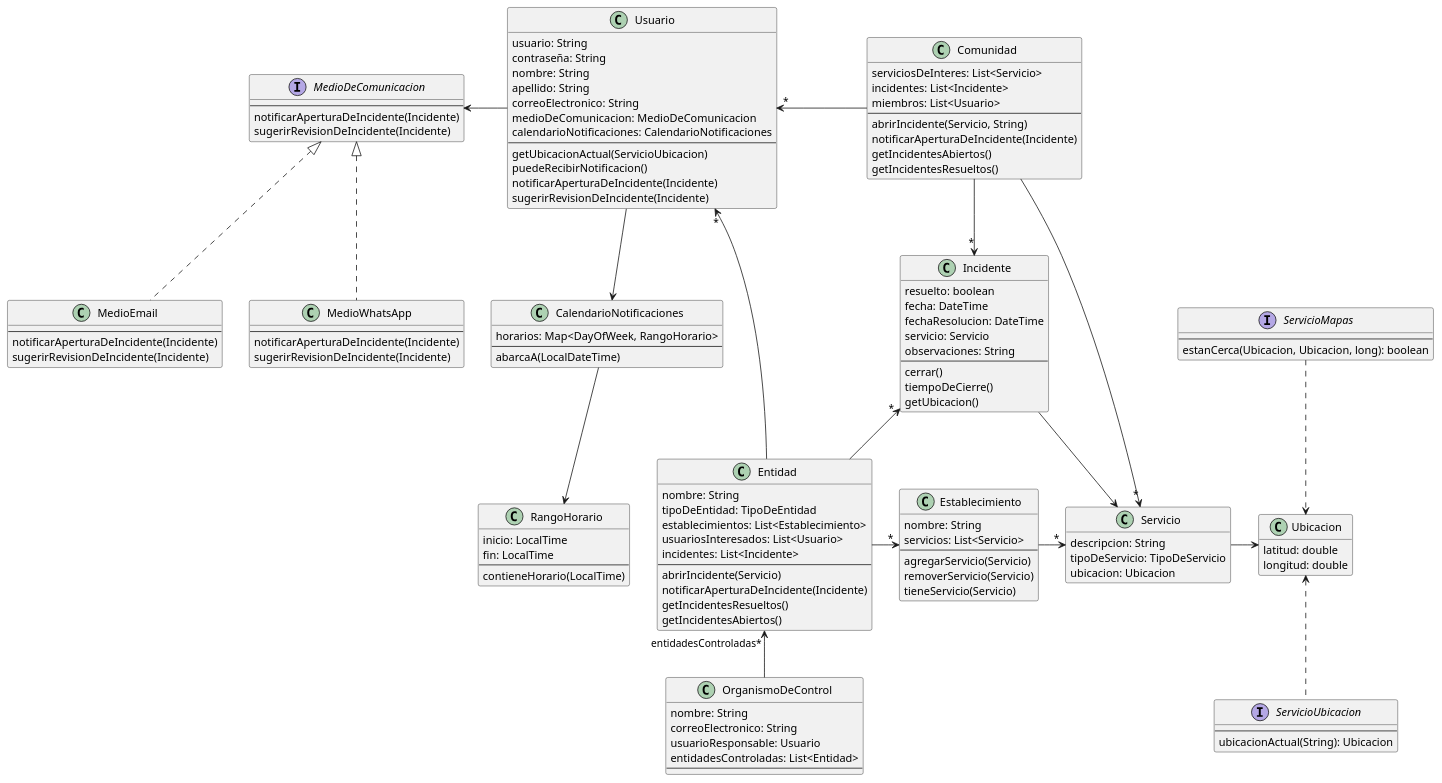
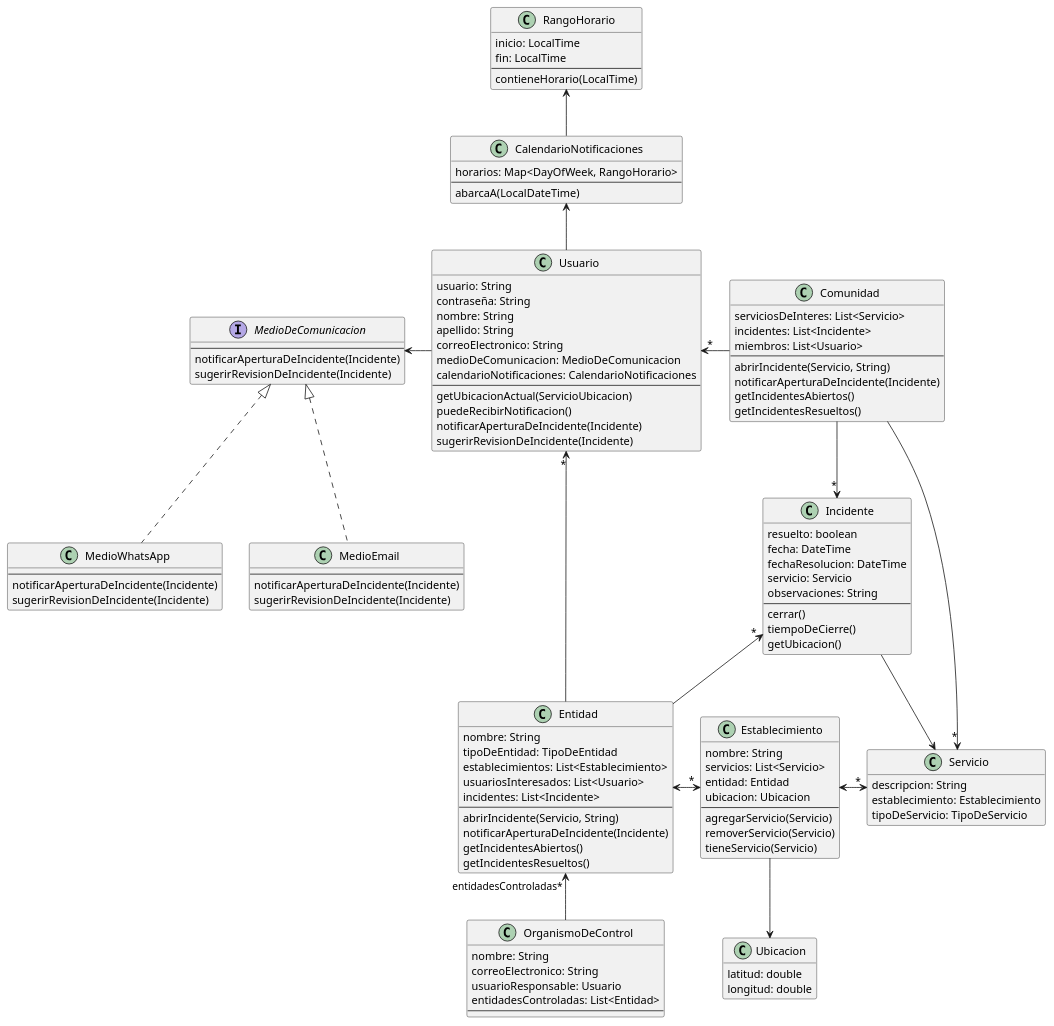
One commit to ValenAquino/tp-dds-2023 changed the diagram in docs/entrega-3/clases.puml. Above: the diagram before and after it, drawn with PlantUML. The commit also changed 1 other file, not shown here.

Commit message:
docs(clases): actualizar diagrama

```diff
--- a/docs/entrega-3/clases.puml
+++ b/docs/entrega-3/clases.puml
@@ -1,172 +1,170 @@
 @startuml TPA3-Clases
 
 hide empty members
 
 ' Supermercado, Centro Comunal, Banco, ...
 class Entidad {
   nombre: String
   tipoDeEntidad: TipoDeEntidad
   establecimientos: List<Establecimiento>
   usuariosInteresados: List<Usuario>
   incidentes: List<Incidente>
   --
-  abrirIncidente(Servicio)
+  abrirIncidente(Servicio, String)
   notificarAperturaDeIncidente(Incidente)
+  getIncidentesAbiertos()
   getIncidentesResueltos()
-  getIncidentesAbiertos()
 }
 
-Entidad -r->"*" Establecimiento
+Entidad <-r->"*" Establecimiento
 Entidad -l->"*" Usuario
 Entidad -u->"*" Incidente
 
 ' Sucursal, Estacion, ...
 class Establecimiento {
   nombre: String
   servicios: List<Servicio>
+  entidad: Entidad
+  ubicacion: Ubicacion
   --
   agregarServicio(Servicio)
   removerServicio(Servicio)
   tieneServicio(Servicio)
 }
 
-Establecimiento ->"*" Servicio
+Establecimiento <->"*" Servicio
+Establecimiento -d-> Ubicacion
 
 class Servicio {
   descripcion: String
+  establecimiento: Establecimiento
   tipoDeServicio: TipoDeServicio
-  ubicacion: Ubicacion
 }
-
-Servicio -> Ubicacion
 
 class Usuario {
   usuario: String
   contraseña: String
   nombre: String
   apellido: String
   correoElectronico: String
   medioDeComunicacion: MedioDeComunicacion
   calendarioNotificaciones: CalendarioNotificaciones
   --
   getUbicacionActual(ServicioUbicacion)
   puedeRecibirNotificacion()
   notificarAperturaDeIncidente(Incidente)
   sugerirRevisionDeIncidente(Incidente)
 }
 
 Usuario -l-> MedioDeComunicacion
-Usuario -d-> CalendarioNotificaciones
+Usuario -u-> CalendarioNotificaciones
 
 class CalendarioNotificaciones {
   horarios: Map<DayOfWeek, RangoHorario>
   --
   abarcaA(LocalDateTime)
 }
 
-CalendarioNotificaciones -d-> RangoHorario
+CalendarioNotificaciones -u-> RangoHorario
 
 class RangoHorario {
   inicio: LocalTime
   fin: LocalTime
   --
   contieneHorario(LocalTime)
 }
 
 interface MedioDeComunicacion {
   --
   notificarAperturaDeIncidente(Incidente)
   sugerirRevisionDeIncidente(Incidente)
 }
 
 class MedioWhatsApp implements MedioDeComunicacion {
   --
   notificarAperturaDeIncidente(Incidente)
   sugerirRevisionDeIncidente(Incidente)
 }
 
 class MedioEmail implements MedioDeComunicacion {
   --
   notificarAperturaDeIncidente(Incidente)
   sugerirRevisionDeIncidente(Incidente)
 }
 
 class Comunidad {
   serviciosDeInteres: List<Servicio>
   incidentes: List<Incidente>
   miembros: List<Usuario>
   --
   abrirIncidente(Servicio, String)
   notificarAperturaDeIncidente(Incidente)
   getIncidentesAbiertos()
   getIncidentesResueltos()
 }
 
 Comunidad ->"*" Servicio
 Comunidad -d->"*" Incidente
 Comunidad -l->"*" Usuario
 
 class Incidente {
   resuelto: boolean
   fecha: DateTime
   fechaResolucion: DateTime
   servicio: Servicio
   observaciones: String
   --
   cerrar()
   tiempoDeCierre()
   getUbicacion()
 }
 
 Incidente -> Servicio
 
 class Ubicacion {
   latitud: double
   longitud: double
 }
 
-ServicioMapas ..> Ubicacion
-ServicioUbicacion .u.> Ubicacion
-
-interface ServicioMapas {
-  --
-  estanCerca(Ubicacion, Ubicacion, long): boolean
-}
-
-interface ServicioUbicacion {
-  --
-  ubicacionActual(String): Ubicacion
-}
+'interface ServicioMapas {
+'  --
+'  estanCerca(Ubicacion, Ubicacion, long): boolean
+'}
+'
+'interface ServicioUbicacion {
+'  --
+'  ubicacionActual(String): Ubicacion
+'}
 
 class OrganismoDeControl {
   nombre: String
   correoElectronico: String
   usuarioResponsable: Usuario
   entidadesControladas: List<Entidad>
   --
 }
 
 OrganismoDeControl -u->"entidadesControladas*" Entidad
 
 /'
 
 enum TipoDeServicio {
   ESCALERAS_MECANICAS
   ASCENSORES
   BAÑOS
 }
 
 Servicio -> TipoDeServicio
 
 enum TipoDeEntidad {
   SUBTERRANEO
   FERROCARRIL
   SUPERMERADO
   BANCO
 }
 
 Entidad -> TipoDeEntidad
 
 '/
 
 @enduml
```
